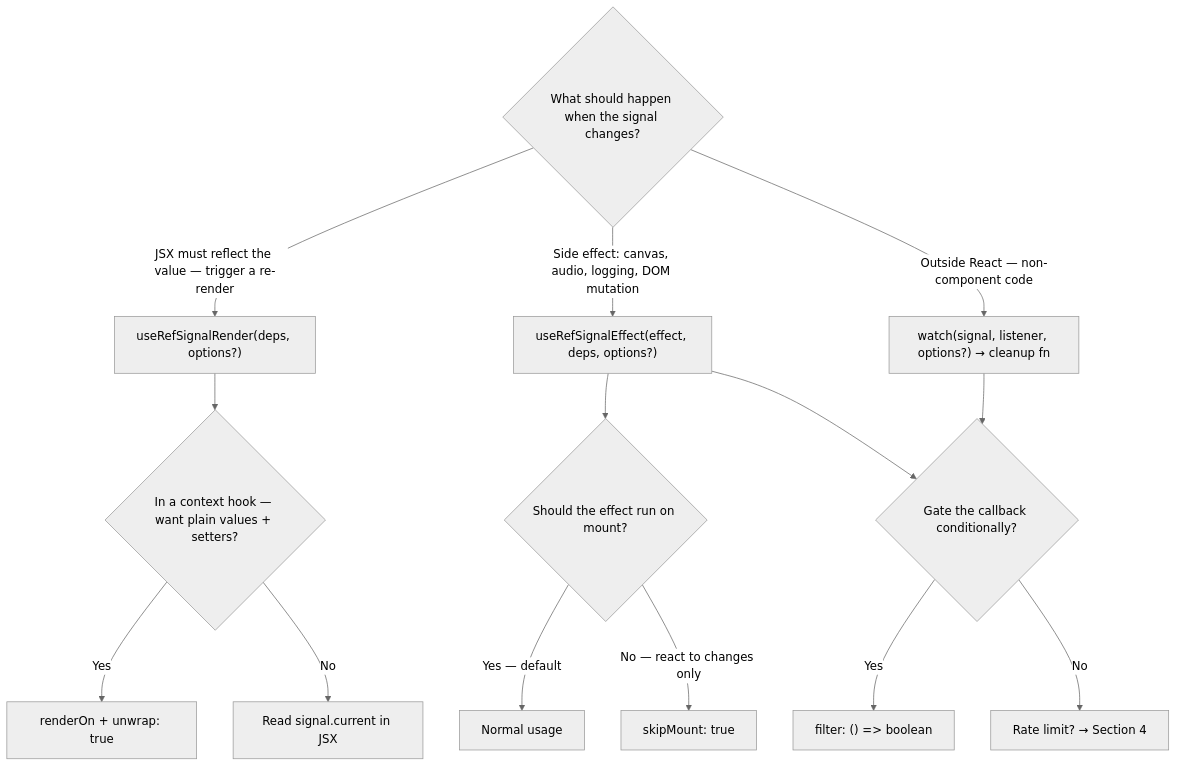
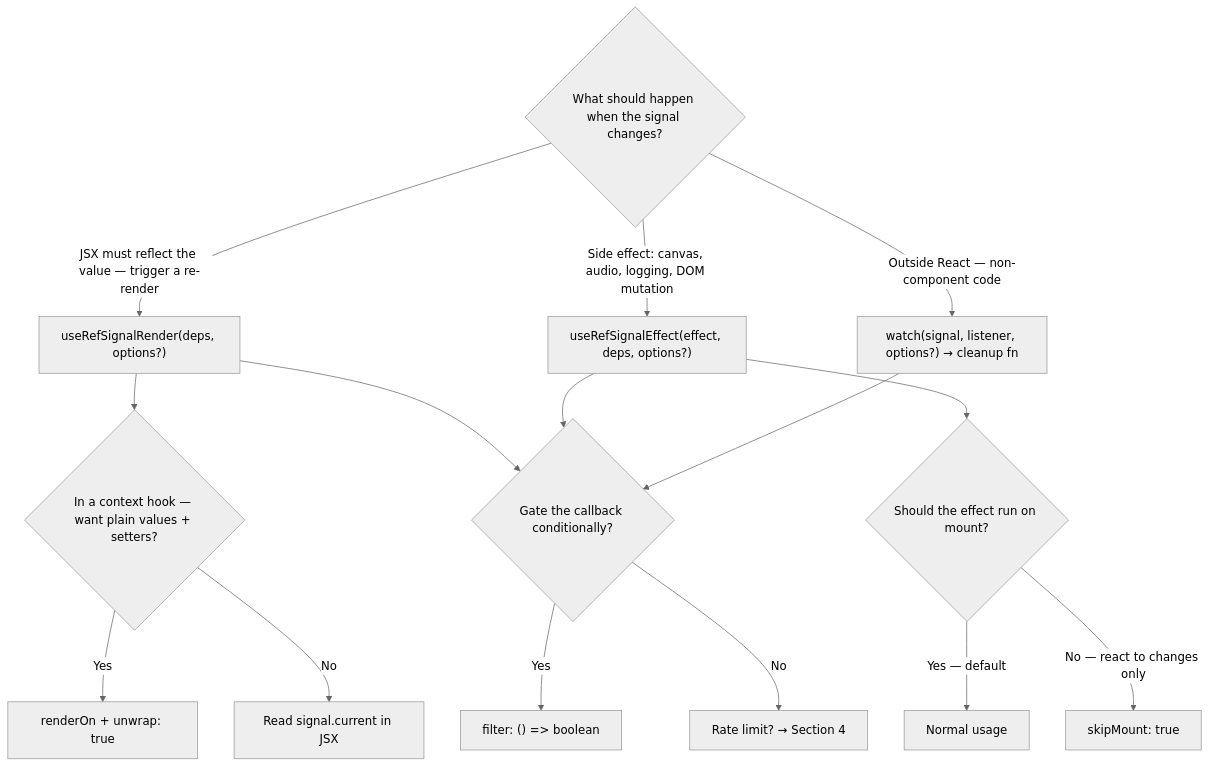
Before and after one commit to jav974/react-refsignal: the third of 9 diagrams in docs/decision-tree.md, drawn with Mermaid (neutral theme).

Commit message:
docs: link useRefSignalRender to filter gate in decision tree

````diff
--- a/docs/decision-tree.md
+++ b/docs/decision-tree.md
@@ -63,20 +63,20 @@
 ```mermaid
 flowchart TD
     Q1{"What should happen when the signal changes?"}
 
     Q1 -->|"JSX must reflect the value — trigger a re-render"| A["useRefSignalRender(deps, options?)"]
     Q1 -->|"Side effect: canvas, audio, logging, DOM mutation"| B["useRefSignalEffect(effect, deps, options?)"]
     Q1 -->|"Outside React — non-component code"| C["watch(signal, listener, options?) → cleanup fn"]
 
     A --> Q2{"In a context hook — want plain values + setters?"}
     Q2 -->|Yes| D["renderOn + unwrap: true"]
     Q2 -->|No| E["Read signal.current in JSX"]
 
     B --> Q3{"Should the effect run on mount?"}
     Q3 -->|"Yes — default"| F[Normal usage]
     Q3 -->|"No — react to changes only"| G["skipMount: true"]
 
-    B & C --> Q4{"Gate the callback conditionally?"}
+    A & B & C --> Q4{"Gate the callback conditionally?"}
     Q4 -->|Yes| H["filter: () => boolean"]
     Q4 -->|No| I["Rate limit? → Section 4"]
 ```
````
